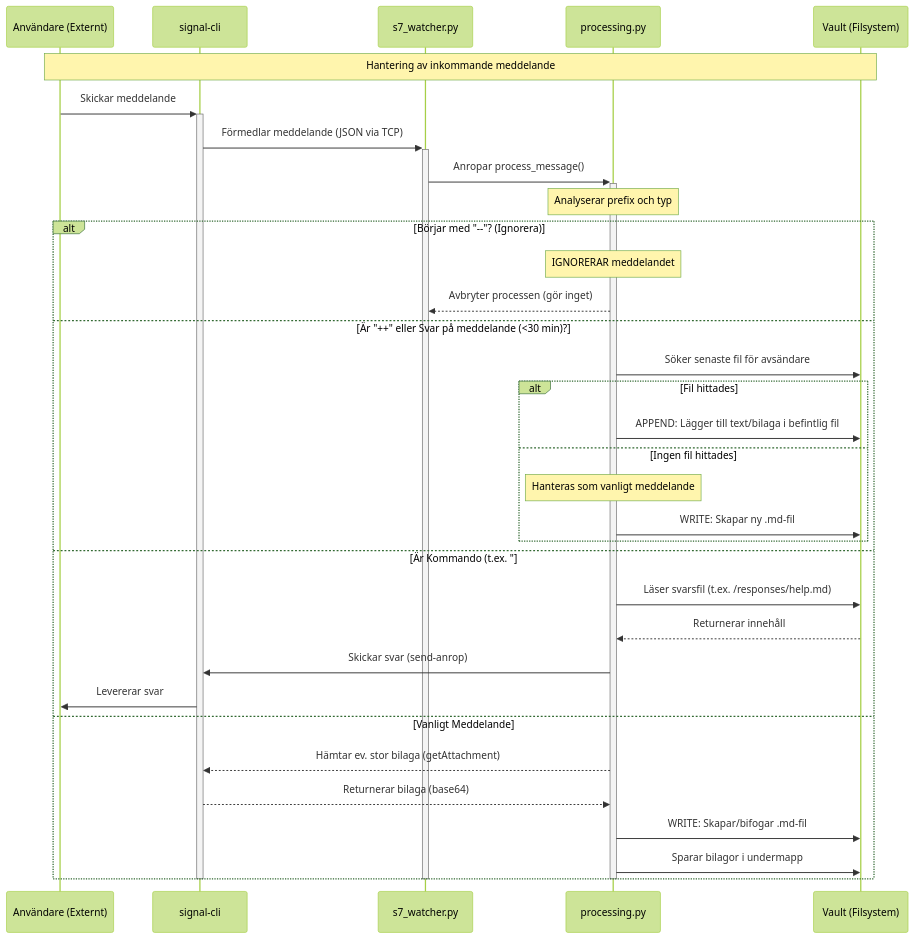
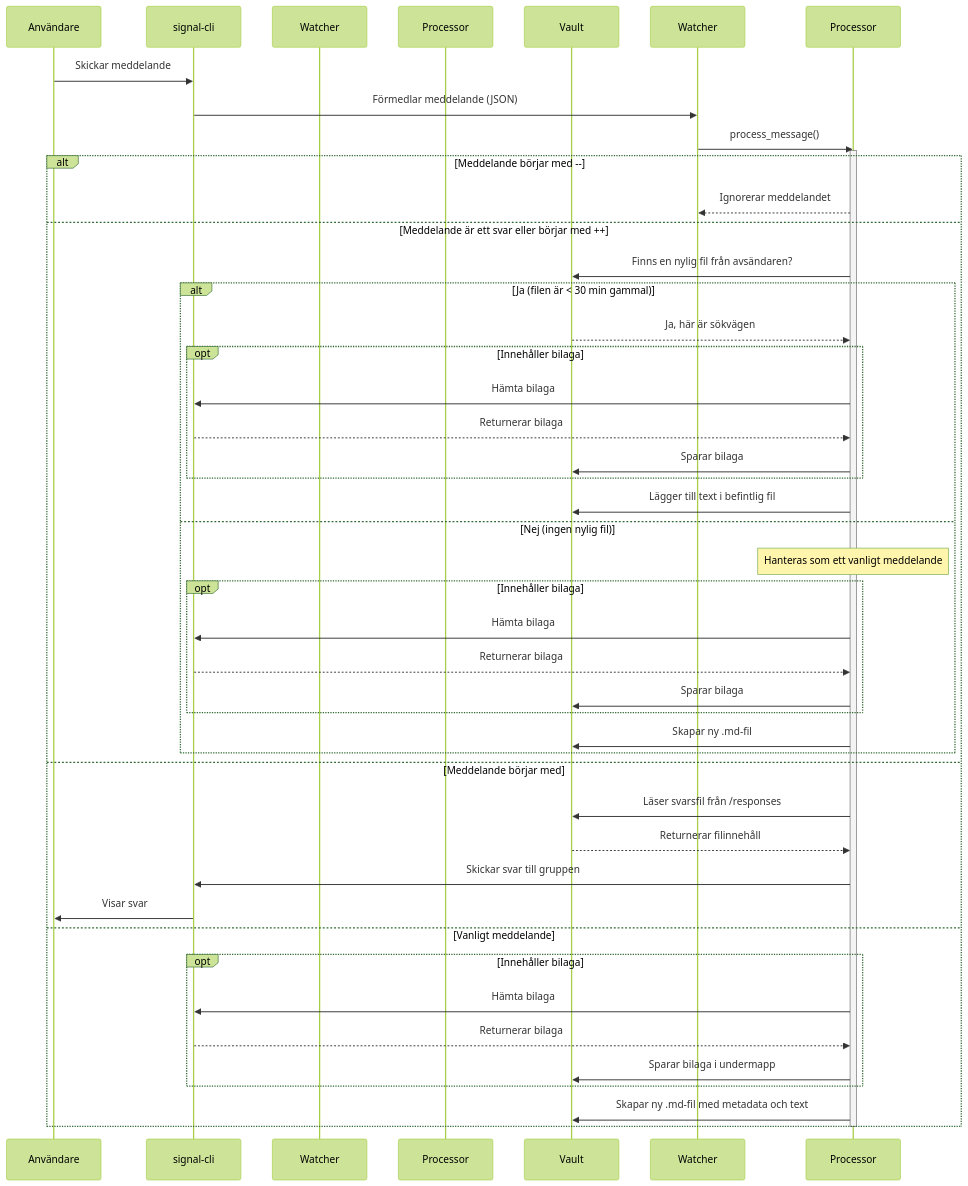
One commit to NicklasAndersson/oden changed the diagram in docs/Flow.md. Above: the diagram before and after it, drawn with Mermaid (forest theme).

Commit message:
Refactor flow diagram for improved clarity and accuracy

````diff
--- a/docs/Flow.md
+++ b/docs/Flow.md
@@ -5,48 +5,55 @@
 ```mermaid
 sequenceDiagram
-    participant Externt as Användare (Externt)
-    participant Signal as signal-cli
-    participant Watcher as s7_watcher.py
-    participant Processor as processing.py
-    participant Valv as Vault (Filsystem)
+    participant Användare
+    participant signal-cli
+    participant s7_watcher.py as Watcher
+    participant processing.py as Processor
+    participant Vault
 
-    Note over Externt, Valv: Hantering av inkommande meddelande
+    Användare->>signal-cli: Skickar meddelande
+    signal-cli->>Watcher: Förmedlar meddelande (JSON)
+    Watcher->>Processor: process_message()
 
-    Externt->>+Signal: Skickar meddelande
-    Signal->>+Watcher: Förmedlar meddelande (JSON via TCP)
-    Watcher->>+Processor: Anropar process_message()
+    activate Processor
+
+    alt Meddelande börjar med --
+        Processor-->>Watcher: Ignorerar meddelandet
     
-    Note over Processor: Analyserar prefix och typ
-    
-    alt Börjar med "--"? (Ignorera)
-        Note over Processor: IGNORERAR meddelandet
-        Processor-->>Watcher: Avbryter processen (gör inget)
-
-    else Är "++" eller Svar på meddelande (<30 min)?
-        Processor->>Valv: Söker senaste fil för avsändare
+    else Meddelande är ett svar eller börjar med ++
+        Processor->>Vault: Finns en nylig fil från avsändaren?
         
-        alt Fil hittades
-            Processor->>Valv: APPEND: Lägger till text/bilaga i befintlig fil
-        else Ingen fil hittades
-            Note over Processor: Hanteras som vanligt meddelande
-            Processor->>Valv: WRITE: Skapar ny .md-fil
+        alt Ja (filen är < 30 min gammal)
+            Vault-->>Processor: Ja, här är sökvägen
+            opt Innehåller bilaga
+                Processor->>signal-cli: Hämta bilaga
+                signal-cli-->>Processor: Returnerar bilaga
+                Processor->>Vault: Sparar bilaga
+            end
+            Processor->>Vault: Lägger till text i befintlig fil
+        
+        else Nej (ingen nylig fil)
+            Note over Processor: Hanteras som ett vanligt meddelande
+            opt Innehåller bilaga
+                Processor->>signal-cli: Hämta bilaga
+                signal-cli-->>Processor: Returnerar bilaga
+                Processor->>Vault: Sparar bilaga
+            end
+            Processor->>Vault: Skapar ny .md-fil
         end
 
-    else Är Kommando (t.ex. "#help")?
-        Processor->>Valv: Läser svarsfil (t.ex. /responses/help.md)
-        Valv-->>Processor: Returnerar innehåll
-        Processor->>Signal: Skickar svar (send-anrop)
-        Signal->>Externt: Levererar svar
-
-    else Vanligt Meddelande
-        Processor-->>Signal: Hämtar ev. stor bilaga (getAttachment)
-        Signal-->>Processor: Returnerar bilaga (base64)
-        Processor->>Valv: WRITE: Skapar/bifogar .md-fil
-        Processor->>Valv: Sparar bilagor i undermapp
+    else Meddelande börjar med # (kommando)
+        Processor->>Vault: Läser svarsfil från /responses
+        Vault-->>Processor: Returnerar filinnehåll
+        Processor->>signal-cli: Skickar svar till gruppen
+        signal-cli->>Användare: Visar svar
+    
+    else Vanligt meddelande
+        opt Innehåller bilaga
+            Processor->>signal-cli: Hämta bilaga
+            signal-cli-->>Processor: Returnerar bilaga
+            Processor->>Vault: Sparar bilaga i undermapp
+        end
+        Processor->>Vault: Skapar ny .md-fil med metadata och text
     end
-    
     deactivate Processor
-    deactivate Watcher
-    deactivate Signal
-
 ```
````
